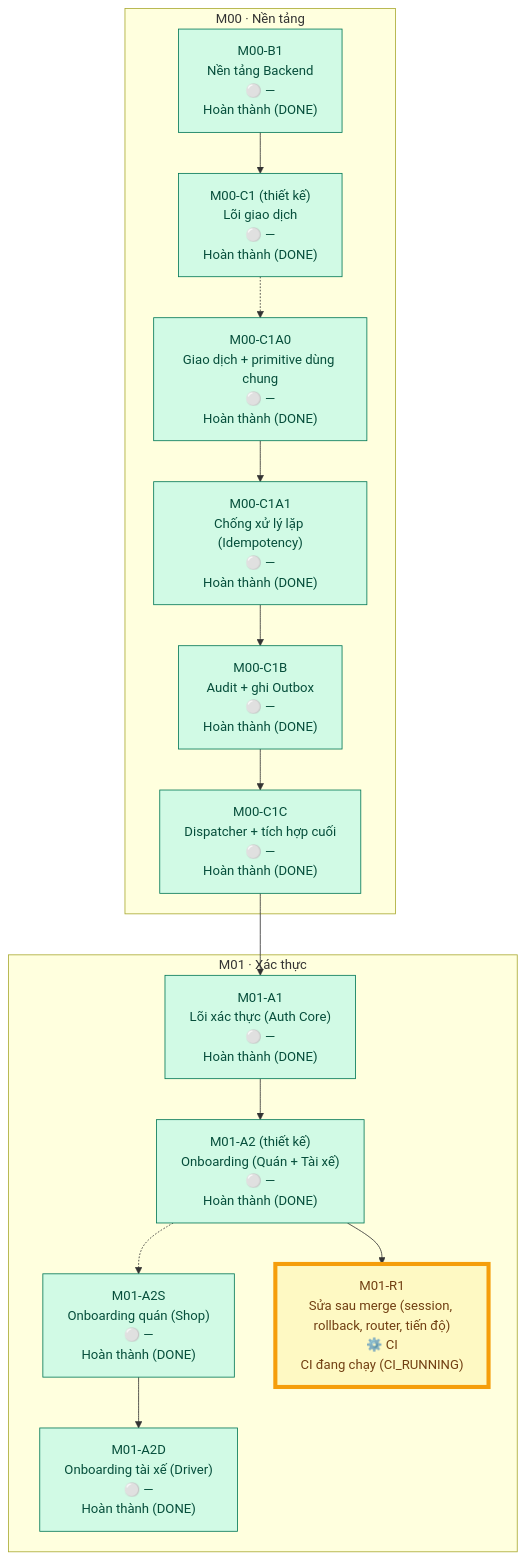
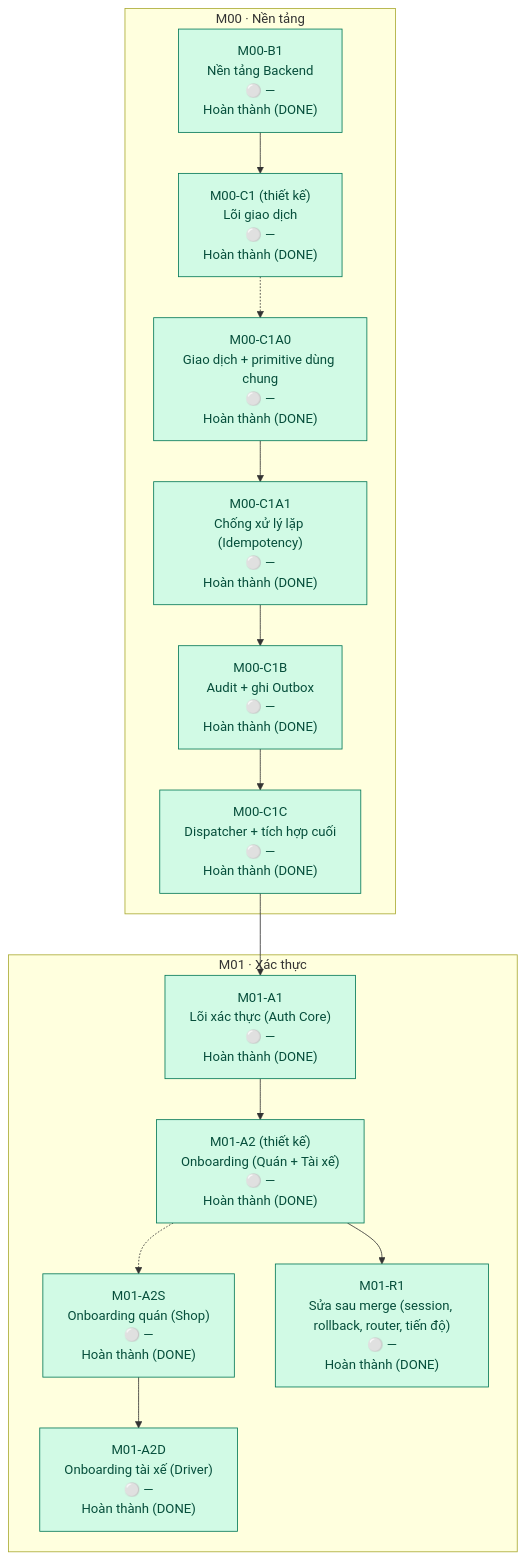
Before and after one commit to trungtn87/11ship: the diagram in docs/PROGRESS.md, drawn with Mermaid. The commit also changed other lines of this file, not shown here.

````diff
--- a/docs/PROGRESS.md
+++ b/docs/PROGRESS.md
@@ -39,42 +28,40 @@
 ```mermaid
 flowchart TD
   subgraph M00_box["M00 · Nền tảng"]
     M00_B1["M00-B1<br/>Nền tảng Backend<br/>⚪ —<br/>Hoàn thành (DONE)"]
     M00_C1["M00-C1 (thiết kế)<br/>Lõi giao dịch<br/>⚪ —<br/>Hoàn thành (DONE)"]
     M00_C1A0["M00-C1A0<br/>Giao dịch + primitive dùng chung<br/>⚪ —<br/>Hoàn thành (DONE)"]
     M00_C1A1["M00-C1A1<br/>Chống xử lý lặp (Idempotency)<br/>⚪ —<br/>Hoàn thành (DONE)"]
     M00_C1B["M00-C1B<br/>Audit + ghi Outbox<br/>⚪ —<br/>Hoàn thành (DONE)"]
     M00_C1C["M00-C1C<br/>Dispatcher + tích hợp cuối<br/>⚪ —<br/>Hoàn thành (DONE)"]
   end
   subgraph M01_box["M01 · Xác thực"]
     M01_A1["M01-A1<br/>Lõi xác thực (Auth Core)<br/>⚪ —<br/>Hoàn thành (DONE)"]
     M01_A2["M01-A2 (thiết kế)<br/>Onboarding (Quán + Tài xế)<br/>⚪ —<br/>Hoàn thành (DONE)"]
     M01_A2S["M01-A2S<br/>Onboarding quán (Shop)<br/>⚪ —<br/>Hoàn thành (DONE)"]
     M01_A2D["M01-A2D<br/>Onboarding tài xế (Driver)<br/>⚪ —<br/>Hoàn thành (DONE)"]
-    M01_R1["M01-R1<br/>Sửa sau merge (session, rollback, router, tiến độ)<br/>⚙️ CI<br/>CI đang chạy (CI_RUNNING)"]
+    M01_R1["M01-R1<br/>Sửa sau merge (session, rollback, router, tiến độ)<br/>⚪ —<br/>Hoàn thành (DONE)"]
   end
 
   M00_B1 --> M00_C1
   M00_C1 -.-> M00_C1A0
   M00_C1A0 --> M00_C1A1
   M00_C1A1 --> M00_C1B
   M00_C1B --> M00_C1C
   M00_C1C --> M01_A1
   M01_A1 --> M01_A2
   M01_A2 -.-> M01_A2S
   M01_A2S --> M01_A2D
   M01_A2 --> M01_R1
 
   classDef done fill:#d1fae5,stroke:#047857,color:#064e3b
   classDef locked fill:#e0e7ff,stroke:#4338ca,color:#312e81
   classDef ready fill:#dbeafe,stroke:#1d4ed8,color:#1e3a8a
   classDef active fill:#fef9c3,stroke:#a16207,color:#713f12
   classDef failed fill:#fee2e2,stroke:#b91c1c,color:#7f1d1d
   classDef review fill:#f3e8ff,stroke:#7e22ce,color:#581c87
   classDef blocked fill:#f3f4f6,stroke:#9ca3af,color:#4b5563,stroke-dasharray:4 3
   classDef planned fill:#ffffff,stroke:#9ca3af,color:#374151
   classDef focus stroke:#f59e0b,stroke-width:5px
-  class M00_B1,M00_C1,M00_C1A0,M00_C1A1,M00_C1B,M00_C1C,M01_A1,M01_A2,M01_A2S,M01_A2D done
-  class M01_R1 active
-  class M01_R1 focus
+  class M00_B1,M00_C1,M00_C1A0,M00_C1A1,M00_C1B,M00_C1C,M01_A1,M01_A2,M01_A2S,M01_A2D,M01_R1 done
 ```
````
